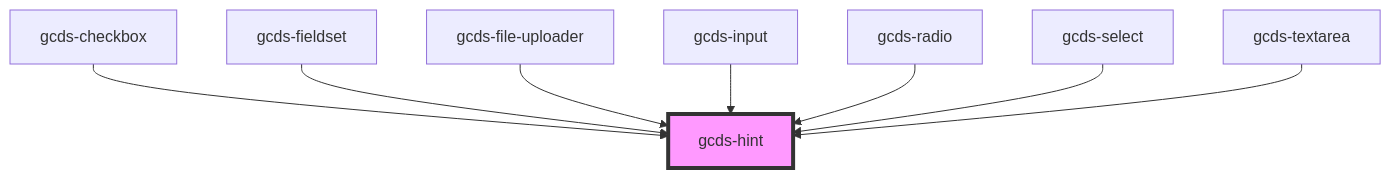
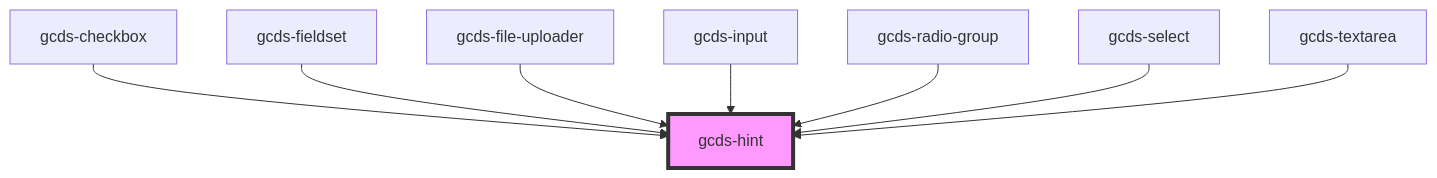
Before and after one commit to cds-snc/gcds-components: the diagram in packages/web/src/components/gcds-hint/readme.md, drawn with Mermaid. The commit also changed other lines of this file and 16 other files, not shown here.

Commit message:
Rename gcds-radio to gcds-radio-group

````diff
--- a/packages/web/src/components/gcds-hint/readme.md
+++ b/packages/web/src/components/gcds-hint/readme.md
@@ -29,11 +29,11 @@
 ```mermaid
 graph TD;
   gcds-checkbox --> gcds-hint
   gcds-fieldset --> gcds-hint
   gcds-file-uploader --> gcds-hint
   gcds-input --> gcds-hint
-  gcds-radio --> gcds-hint
+  gcds-radio-group --> gcds-hint
   gcds-select --> gcds-hint
   gcds-textarea --> gcds-hint
   style gcds-hint fill:#f9f,stroke:#333,stroke-width:4px
 ```
````
